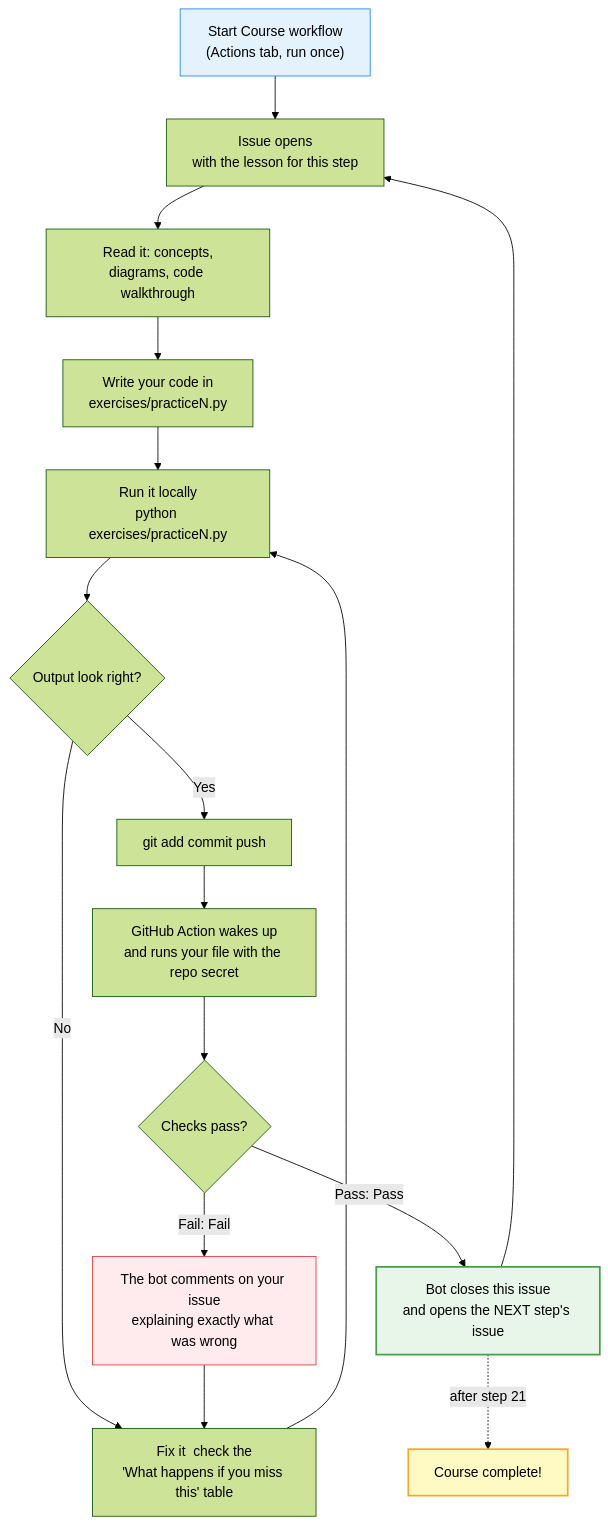
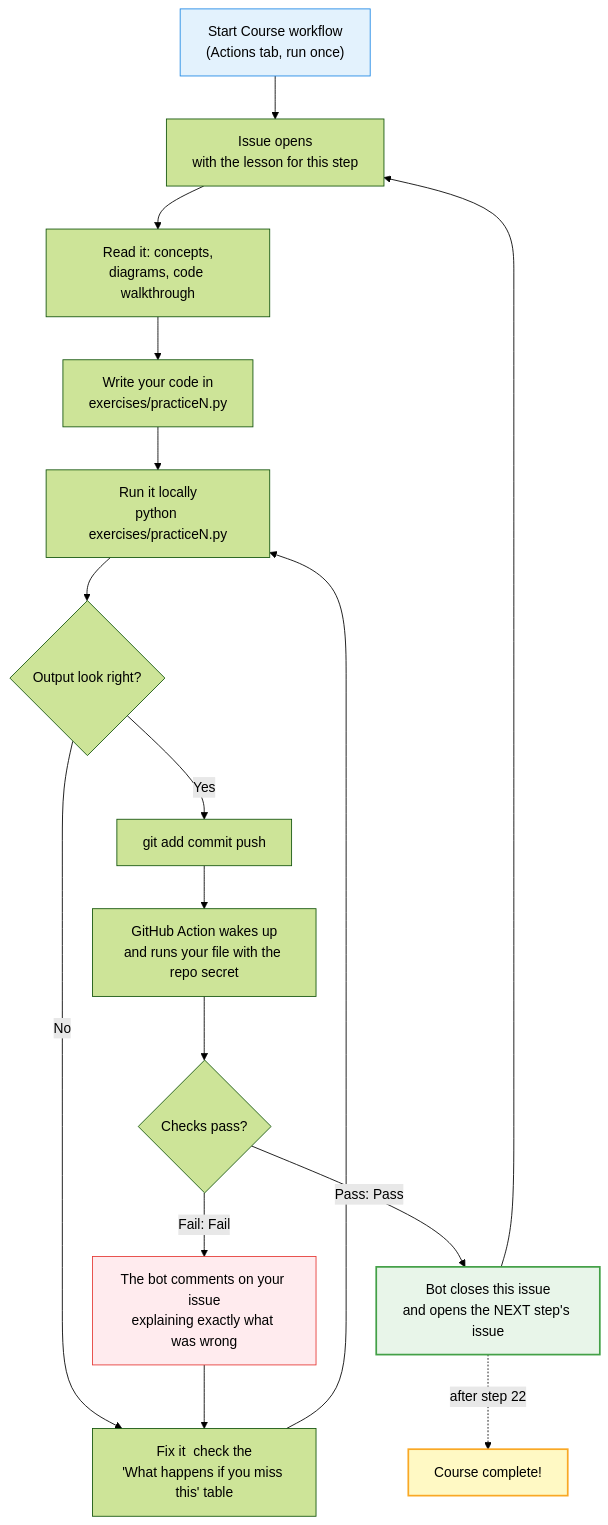
One commit to hemant-banik/anthropic-sdk-course changed diagram 11 of 11 in README.md. Above: the diagram before and after it, drawn with Mermaid (forest theme). The commit also changed other lines of this file and 83 other files, not shown here.

````diff
--- a/README.md
+++ b/README.md
@@ -1395,23 +1467,23 @@
 ```mermaid
 graph TD
     A[" Start Course workflow<br/>(Actions tab, run once)"] --> B[" Issue opens<br/>with the lesson for this step"]
     B --> C[" Read it: concepts,<br/>diagrams, code walkthrough"]
     C --> D[" Write your code in<br/>exercises/practiceN.py"]
     D --> E["Run it locally<br/>python exercises/practiceN.py"]
     E --> F{"Output look right?"}
     F -->|"No"| G["Fix it  check the<br/>'What happens if you miss this' table"]
     G --> E
     F -->|"Yes"| H[" git add  commit  push"]
     H --> I["GitHub Action wakes up<br/>and runs your file with the repo secret"]
     I --> J{"Checks pass?"}
     J -->|"Fail: Fail"| K["The bot comments on your issue<br/>explaining exactly what was wrong"]
     K --> G
     J -->|"Pass: Pass"| L["Bot closes this issue<br/>and opens the NEXT step's issue"]
     L --> B
-    L -.->|"after step 21"| M[" Course complete!"]
+    L -.->|"after step 22"| M[" Course complete!"]
 
     style A fill:#e3f2fd,stroke:#1e88e5
     style L fill:#e8f5e9,stroke:#43a047,stroke-width:2px
     style K fill:#ffebee,stroke:#e53935
     style M fill:#fff9c4,stroke:#f9a825,stroke-width:2px
 ```
````
